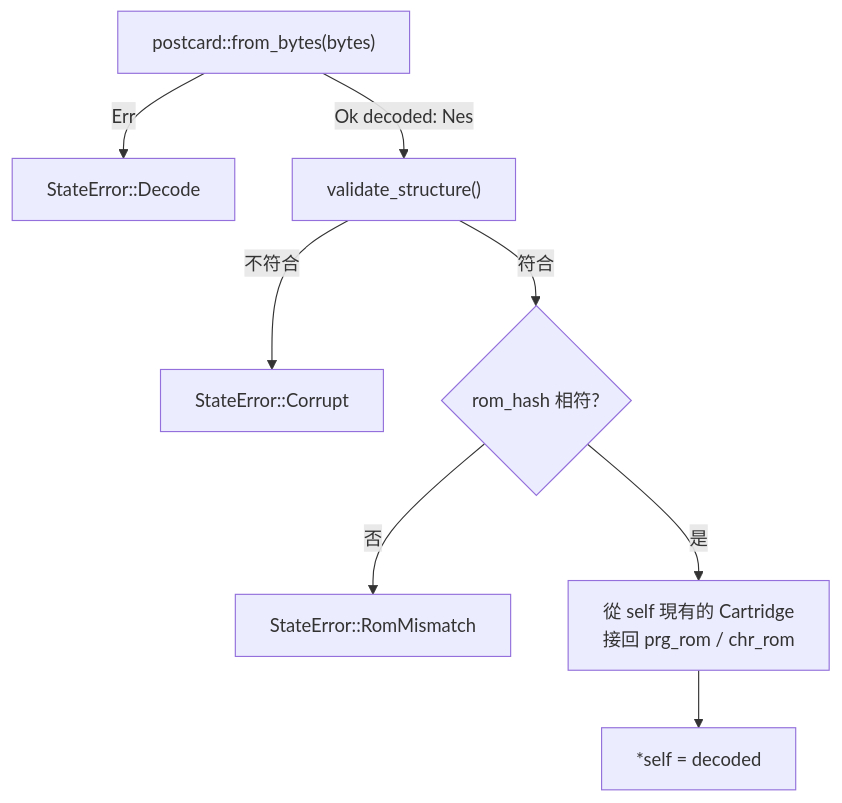
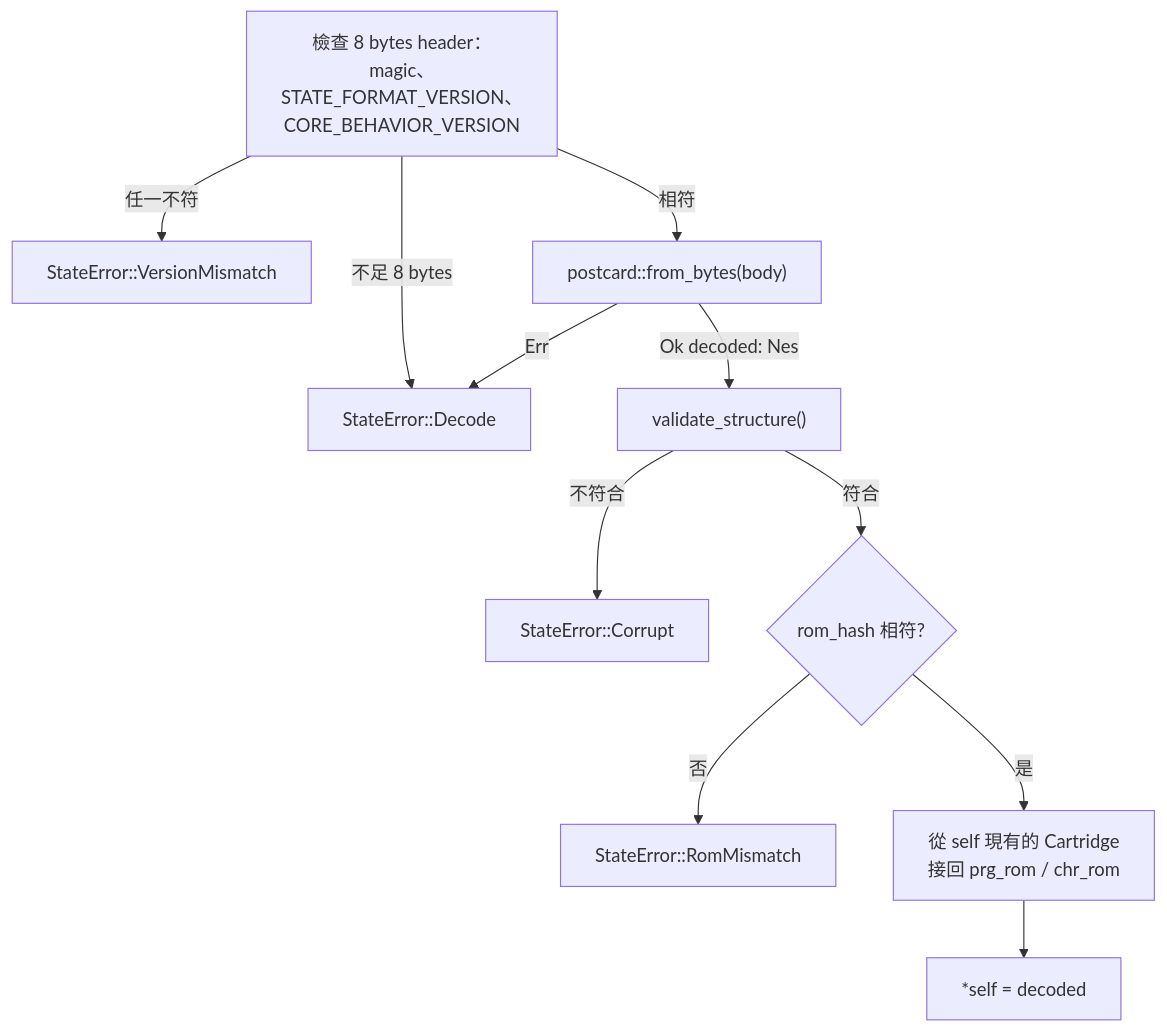
One commit to cnfzon/nes_emulato changed the fourth of 4 diagrams in docs/architecture.md. Above: the diagram before and after it, drawn with Mermaid. The commit also changed other lines of this file and 25 other files, not shown here.

Commit message:
Phase 3: core freeze - split catch-up, MMC1/UxROM/CNROM, dummy reads, state versioning (CORE_BEHAVIOR_VERSION 2)

````diff
--- a/docs/architecture.md
+++ b/docs/architecture.md
@@ -297,10 +300,13 @@
 ```mermaid
 flowchart TD
-    A["postcard::from_bytes(bytes)"] -->|Err| E1["StateError::Decode"]
+    H["檢查 8 bytes header：<br/>magic、STATE_FORMAT_VERSION、CORE_BEHAVIOR_VERSION"] -->|任一不符| E0["StateError::VersionMismatch"]
+    H -->|不足 8 bytes| E1
+    H -->|相符| A["postcard::from_bytes(body)"]
+    A -->|Err| E1["StateError::Decode"]
     A -->|Ok decoded: Nes| B["validate_structure()"]
     B -->|不符合| E2["StateError::Corrupt"]
     B -->|符合| C{"rom_hash 相符?"}
     C -->|否| E3["StateError::RomMismatch"]
     C -->|是| D["從 self 現有的 Cartridge\n接回 prg_rom / chr_rom"]
     D --> F["*self = decoded"]
 ```
````
